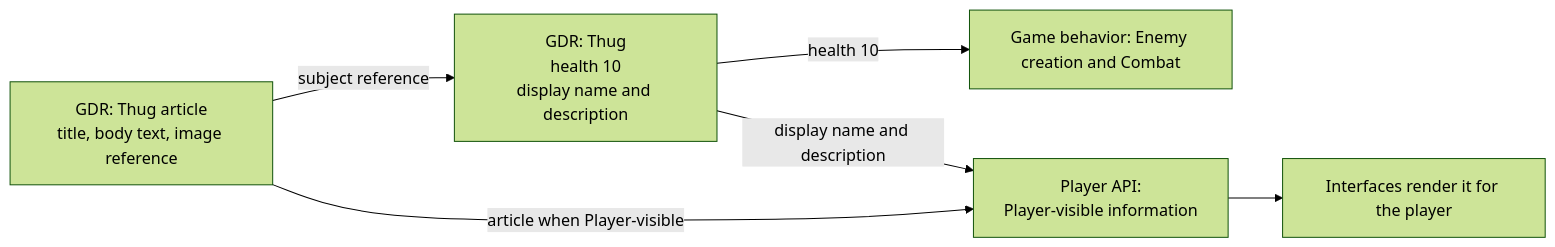
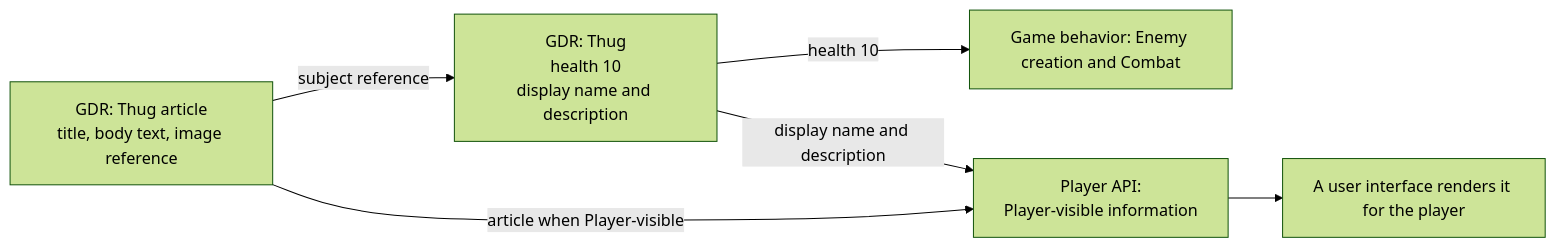
Before and after one commit to konrad-jamrozik/game-v5: the seventh of 7 diagrams in docs/specs/foundation/game-data-records.md, drawn with Mermaid (forest theme). The commit also changed other lines of this file and 49 other files, not shown here.

````diff
--- a/docs/specs/foundation/game-data-records.md
+++ b/docs/specs/foundation/game-data-records.md
@@ -378,10 +379,10 @@
 ```mermaid
 flowchart LR
     Thug["GDR: Thug<br/>health 10<br/>display name and description"]
     Article["GDR: Thug article<br/>title, body text, image reference"]
     Article -->|subject reference| Thug
     Thug -->|health 10| Combat["Game behavior: Enemy creation and Combat"]
     Thug -->|display name and description| PlayerAPI["Player API:<br/>Player-visible information"]
     Article -->|article when Player-visible| PlayerAPI
-    PlayerAPI --> Interfaces["Interfaces render it for the player"]
+    PlayerAPI --> UserInterface["A user interface renders it for the player"]
 ```
````
